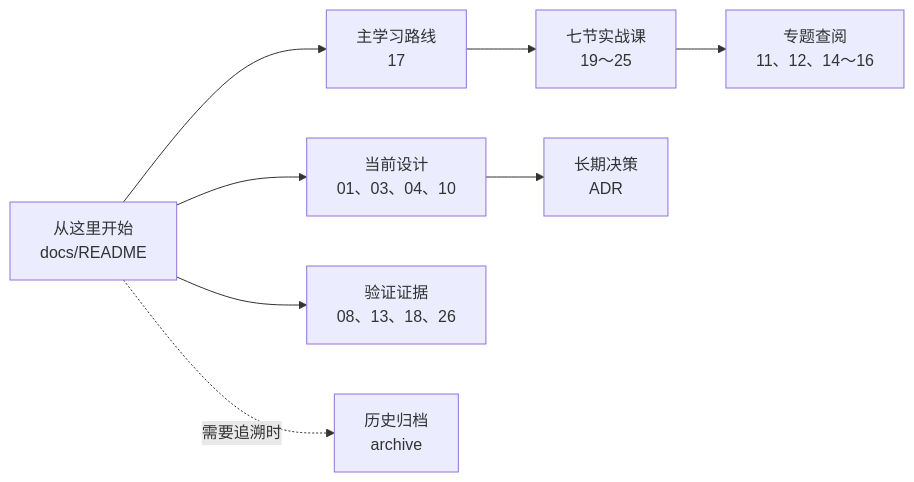
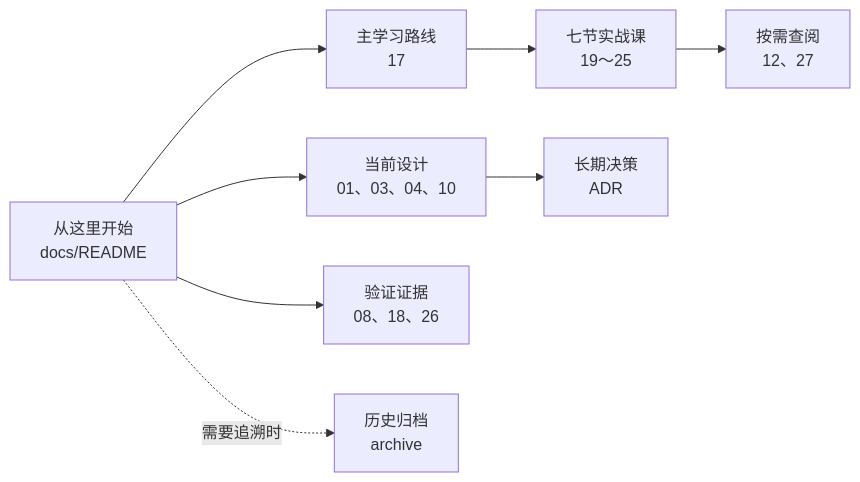
One commit to Tezcay/Meteor changed the first of 2 diagrams in docs/README.md. Above: the diagram before and after it, drawn with Mermaid. The commit also changed other lines of this file and 10 other files, not shown here.

````diff
--- a/docs/README.md
+++ b/docs/README.md
@@ -13,10 +13,10 @@
 ```mermaid
 flowchart LR
     A[从这里开始<br/>docs/README] --> B[主学习路线<br/>17]
     B --> C[七节实战课<br/>19～25]
-    C --> D[专题查阅<br/>11、12、14～16]
+    C --> D[按需查阅<br/>12、27]
     A --> E[当前设计<br/>01、03、04、10]
     E --> F[长期决策<br/>ADR]
-    A --> G[验证证据<br/>08、13、18、26]
+    A --> G[验证证据<br/>08、18、26]
     A -. 需要追溯时 .-> H[历史归档<br/>archive]
 ```
````
